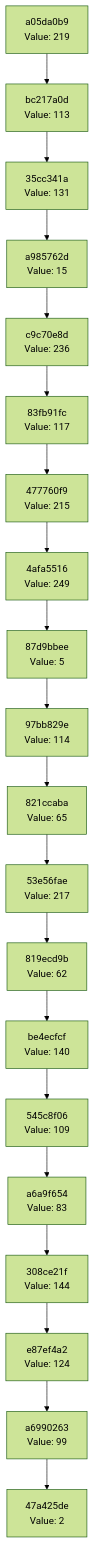
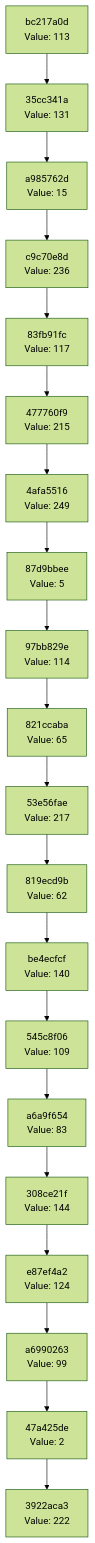
The diagram in docs/CHAIN_VISUALIZATION.md (Abhisheksinha1506/hash-chain-evolver), drawn with Mermaid (forest theme) before and after one commit. The commit also changed 3 other files, not shown here.

````diff
--- a/docs/CHAIN_VISUALIZATION.md
+++ b/docs/CHAIN_VISUALIZATION.md
@@ -3,42 +3,42 @@
 ```mermaid
 graph TD
-    C0["47a425de<br/>Value: 2"]
-    C1["a6990263<br/>Value: 99"]
+    C0["3922aca3<br/>Value: 222"]
+    C1["47a425de<br/>Value: 2"]
     C1 --> C0
-    C2["e87ef4a2<br/>Value: 124"]
+    C2["a6990263<br/>Value: 99"]
     C2 --> C1
-    C3["308ce21f<br/>Value: 144"]
+    C3["e87ef4a2<br/>Value: 124"]
     C3 --> C2
-    C4["a6a9f654<br/>Value: 83"]
+    C4["308ce21f<br/>Value: 144"]
     C4 --> C3
-    C5["545c8f06<br/>Value: 109"]
+    C5["a6a9f654<br/>Value: 83"]
     C5 --> C4
-    C6["be4ecfcf<br/>Value: 140"]
+    C6["545c8f06<br/>Value: 109"]
     C6 --> C5
-    C7["819ecd9b<br/>Value: 62"]
+    C7["be4ecfcf<br/>Value: 140"]
     C7 --> C6
-    C8["53e56fae<br/>Value: 217"]
+    C8["819ecd9b<br/>Value: 62"]
     C8 --> C7
-    C9["821ccaba<br/>Value: 65"]
+    C9["53e56fae<br/>Value: 217"]
     C9 --> C8
-    C10["97bb829e<br/>Value: 114"]
+    C10["821ccaba<br/>Value: 65"]
     C10 --> C9
-    C11["87d9bbee<br/>Value: 5"]
+    C11["97bb829e<br/>Value: 114"]
     C11 --> C10
-    C12["4afa5516<br/>Value: 249"]
+    C12["87d9bbee<br/>Value: 5"]
     C12 --> C11
-    C13["477760f9<br/>Value: 215"]
+    C13["4afa5516<br/>Value: 249"]
     C13 --> C12
-    C14["83fb91fc<br/>Value: 117"]
+    C14["477760f9<br/>Value: 215"]
     C14 --> C13
-    C15["c9c70e8d<br/>Value: 236"]
+    C15["83fb91fc<br/>Value: 117"]
     C15 --> C14
-    C16["a985762d<br/>Value: 15"]
+    C16["c9c70e8d<br/>Value: 236"]
     C16 --> C15
-    C17["35cc341a<br/>Value: 131"]
+    C17["a985762d<br/>Value: 15"]
     C17 --> C16
-    C18["bc217a0d<br/>Value: 113"]
+    C18["35cc341a<br/>Value: 131"]
     C18 --> C17
-    C19["a05da0b9<br/>Value: 219"]
+    C19["bc217a0d<br/>Value: 113"]
     C19 --> C18
 ```
````
